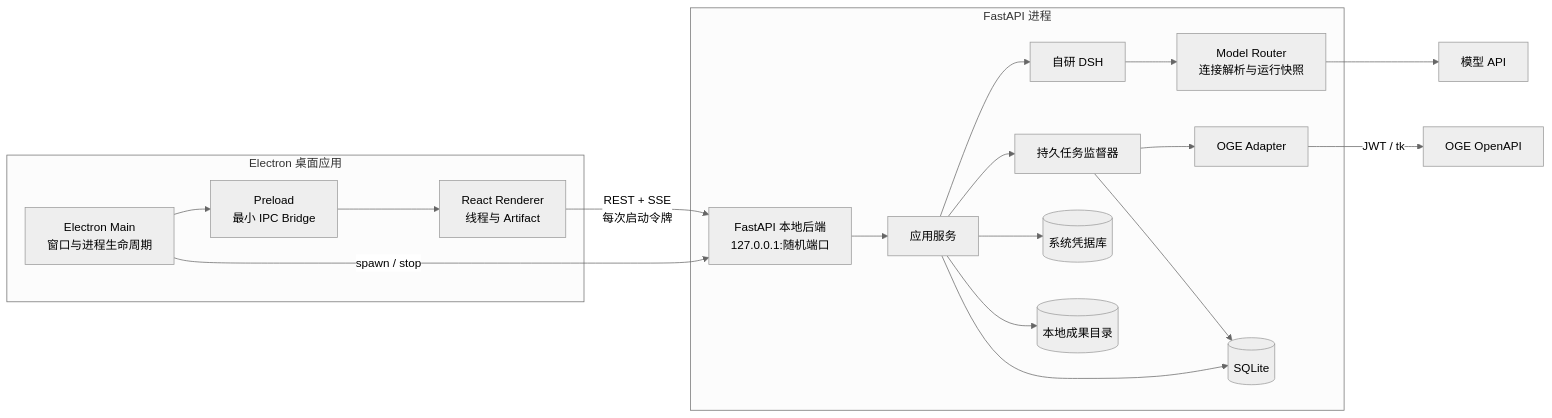
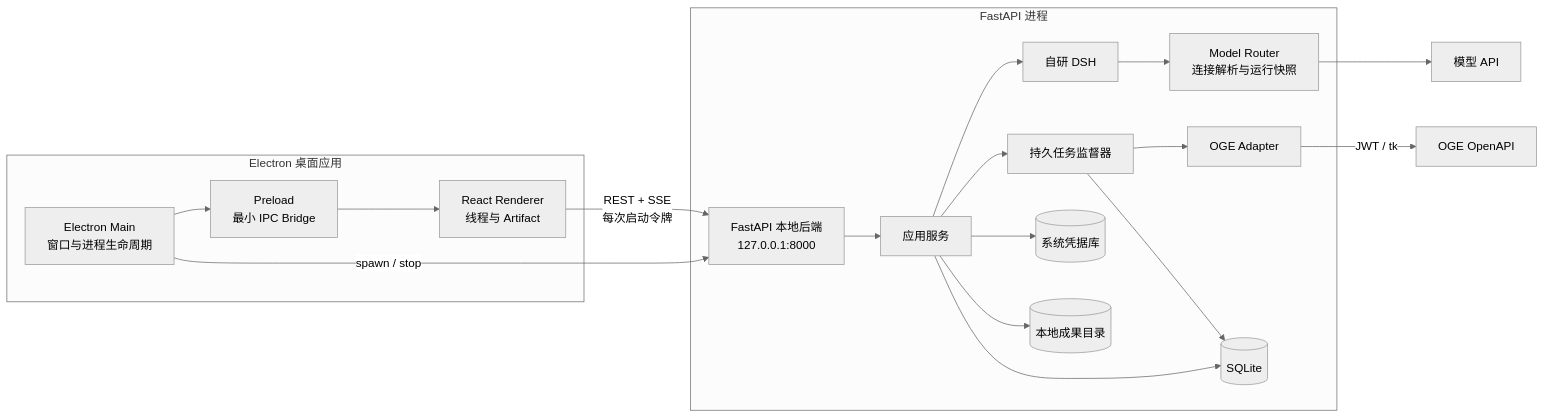
One commit to haodijia/kunyu-geoagent changed the second of 5 diagrams in docs/开发架构设计.md. Above: the diagram before and after it, drawn with Mermaid (neutral theme). The commit also changed other lines of this file and 6 other files, not shown here.

````diff
--- a/docs/开发架构设计.md
+++ b/docs/开发架构设计.md
@@ -336,35 +336,35 @@
 ```mermaid
 flowchart LR
     subgraph Desktop[Electron 桌面应用]
         MAIN[Electron Main\n窗口与进程生命周期]
         PRELOAD[Preload\n最小 IPC Bridge]
         FE[React Renderer\n线程与 Artifact]
         MAIN --> PRELOAD --> FE
     end
 
-    MAIN -->|spawn / stop| API[FastAPI 本地后端\n127.0.0.1:随机端口]
+    MAIN -->|spawn / stop| API[FastAPI 本地后端\n127.0.0.1:8000]
     FE -->|REST + SSE\n每次启动令牌| API
 
     subgraph Backend[FastAPI 进程]
         APP[应用服务]
         DSH[自研 DSH]
         MODELS[Model Router\n连接解析与运行快照]
         JOB[持久任务监督器]
         OGEADAPTER[OGE Adapter]
         DB[(SQLite)]
         CREDENTIALS[(系统凭据库)]
         FILES[(本地成果目录)]
         API --> APP
         APP --> DSH
         DSH --> MODELS
         APP --> JOB
         APP --> DB
         APP --> CREDENTIALS
         JOB --> DB
         JOB --> OGEADAPTER
         APP --> FILES
     end
 
     OGEADAPTER -->|JWT / tk| OGE[OGE OpenAPI]
     MODELS --> MODEL[模型 API]
 ```
````
